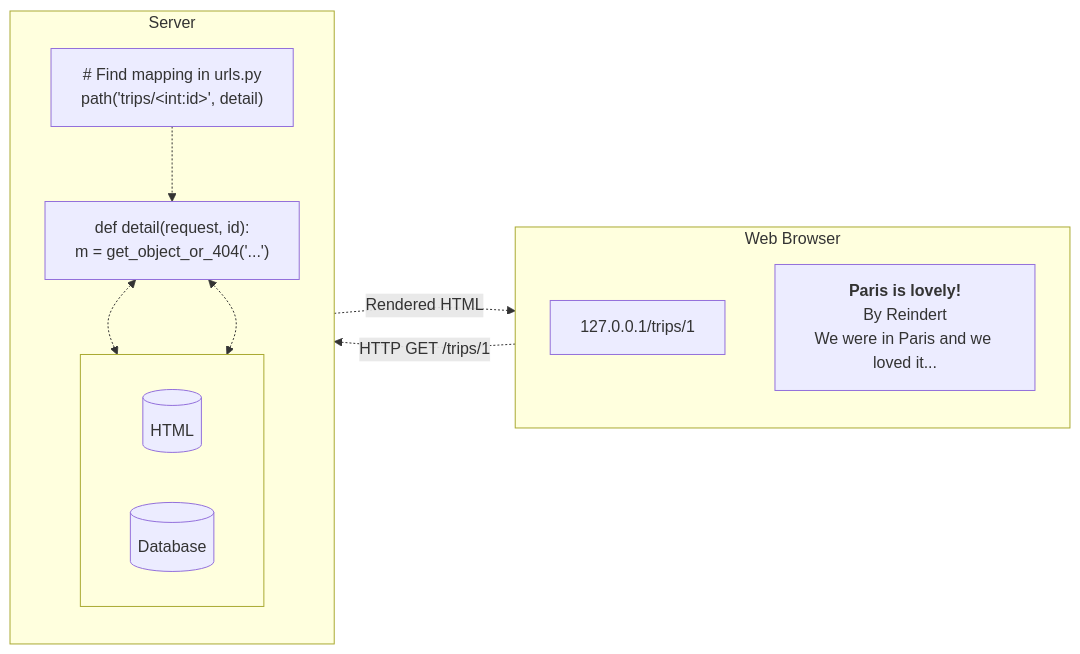
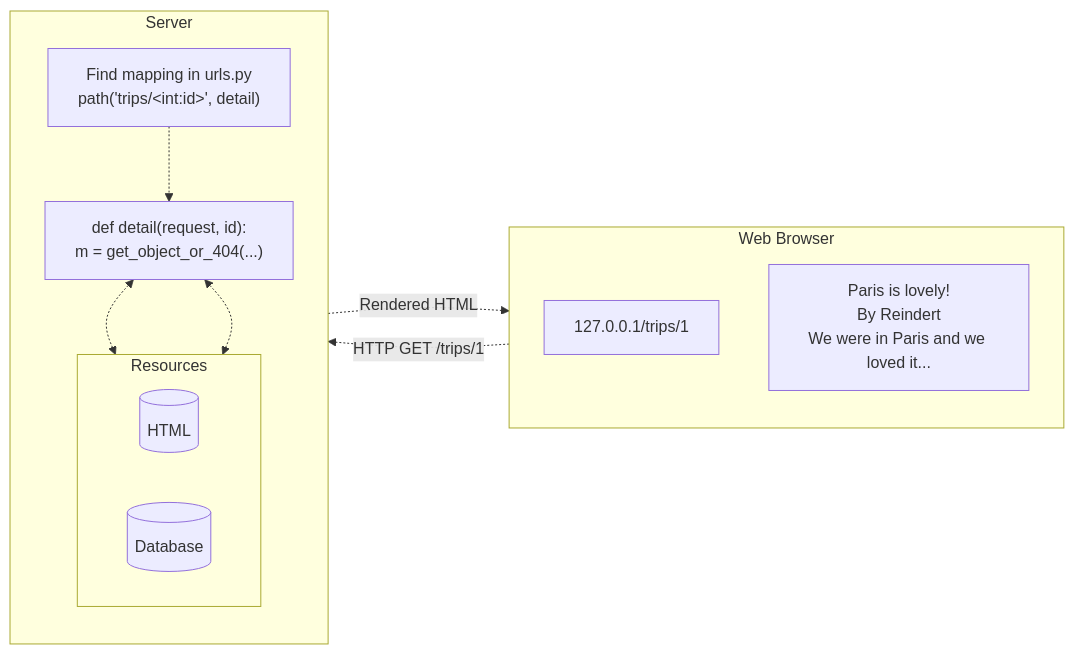
The second of 3 diagrams in synthesis/courses/django-6-the-big-picture/00-django-6-the-big-picture-synthesis.md (matt2ology/tech-journal-and-blog), drawn with Mermaid before and after one commit. The commit also changed other lines of this file, not shown here.

Commit message:
fix: update link formatting and improve diagram clarity in Django 6 synthesis

````diff
--- a/synthesis/courses/django-6-the-big-picture/00-django-6-the-big-picture-synthesis.md
+++ b/synthesis/courses/django-6-the-big-picture/00-django-6-the-big-picture-synthesis.md
@@ -63,26 +63,26 @@
 ```mermaid
 flowchart LR
     subgraph Browser ["Web Browser"]
         direction TB
         URL["127.0.0.1/trips/1"]
-        Page["<b>Paris is lovely!</b><br/>By Reindert<br/>We were in Paris and we loved it..."]
+        Page["Paris is lovely!<br/>By Reindert<br/>We were in Paris and we loved it..."]
     end
 
     subgraph Server ["Server"]
         direction TB
-        Router["# Find mapping in urls.py<br/>path('trips/&lt;int:id&gt;', detail)"]
-        View["def detail(request, id):<br/>m = get_object_or_404('...')"]
+        Router["Find mapping in urls.py<br/>path('trips/&lt;int:id&gt;', detail)"]
+        View["def detail(request, id):<br/>m = get_object_or_404(...)"]
 
-        subgraph Resources [" "]
+        subgraph Resources ["Resources"]
             direction LR
             HTML[("HTML")]
             DB[("Database")]
         end
     end
 
-    URL -. "HTTP GET /trips/1" .-> Router
+    URL -.->|"HTTP GET /trips/1"| Router
     Router -.-> View
     View <-.-> HTML
     View <-.-> DB
-    View -. "Rendered HTML" .-> Page
+    View -.->|"Rendered HTML"| Page
 ```
````
